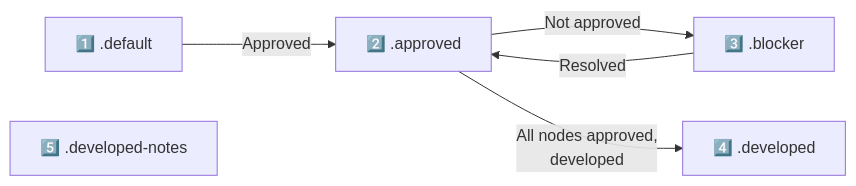
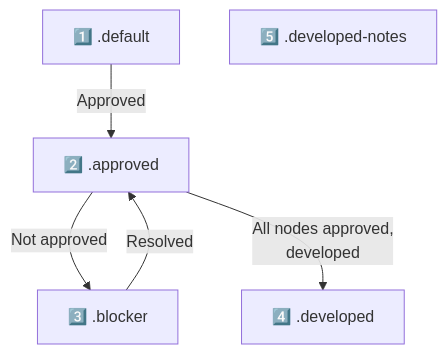
Before and after one commit to nonlinear/skills: the diagram in contract-diagram/README.md, drawn with Mermaid. The commit also changed 1 other file, not shown here.

Commit message:
Change diagrams to TD (top-down) + add 'lets diagram PATH' localhost trigger

````diff
--- a/contract-diagram/README.md
+++ b/contract-diagram/README.md
@@ -5,13 +5,13 @@
 ```mermaid
-flowchart LR
+flowchart TD
     DEFAULT["1️⃣ .default"]:::default
     APPROVED["2️⃣ .approved"]:::approved
     BLOCKER["3️⃣ .blocker"]:::blocker
     DEVELOPED["4️⃣ .developed"]:::developed
     DEVELOPED_NOTES["5️⃣ .developed-notes"]:::developed-notes
     
     DEFAULT -->|"Approved"| APPROVED
     APPROVED -->|"Not approved"| BLOCKER
     BLOCKER -->|"Resolved"| APPROVED
     APPROVED -->|"All nodes approved,<br/>developed"| DEVELOPED
 ```
````
